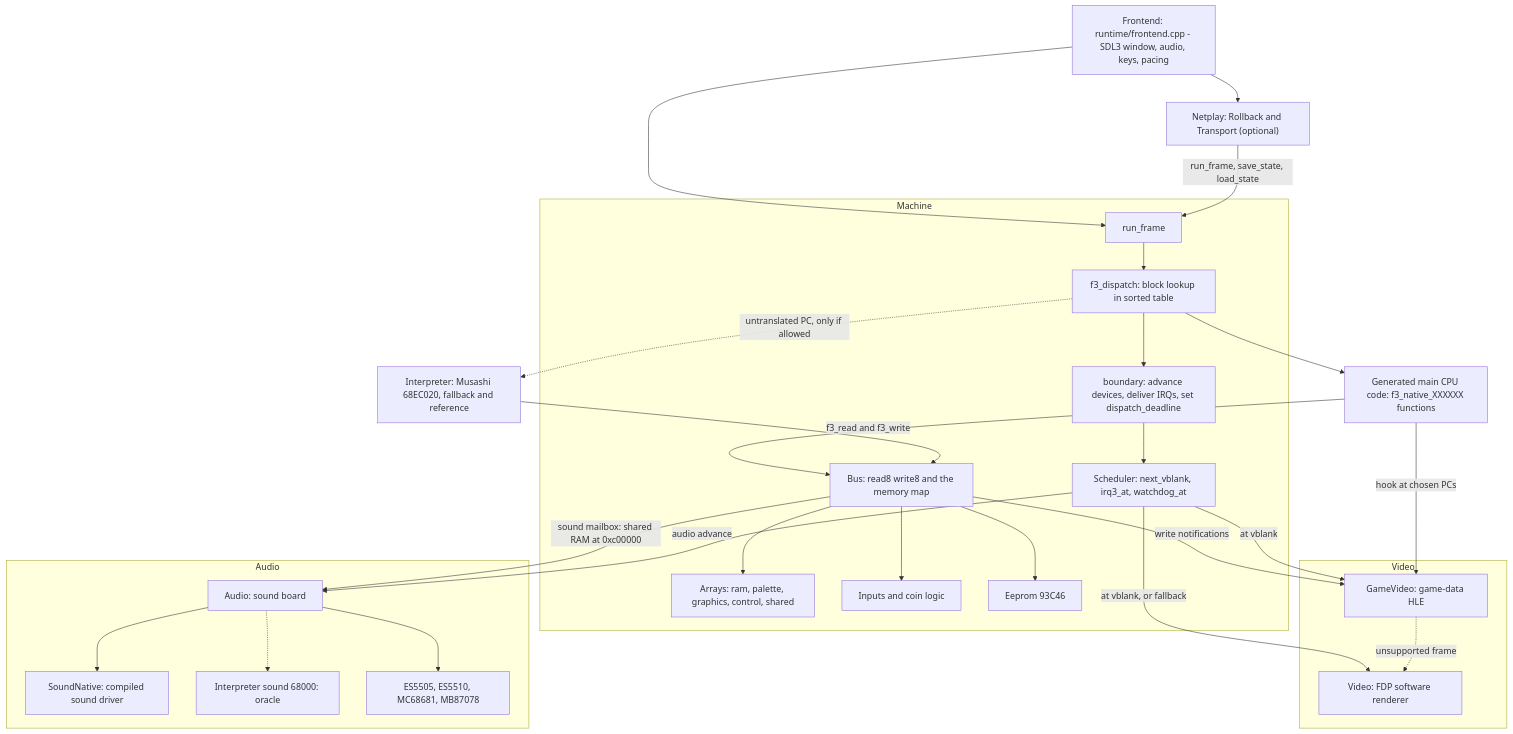
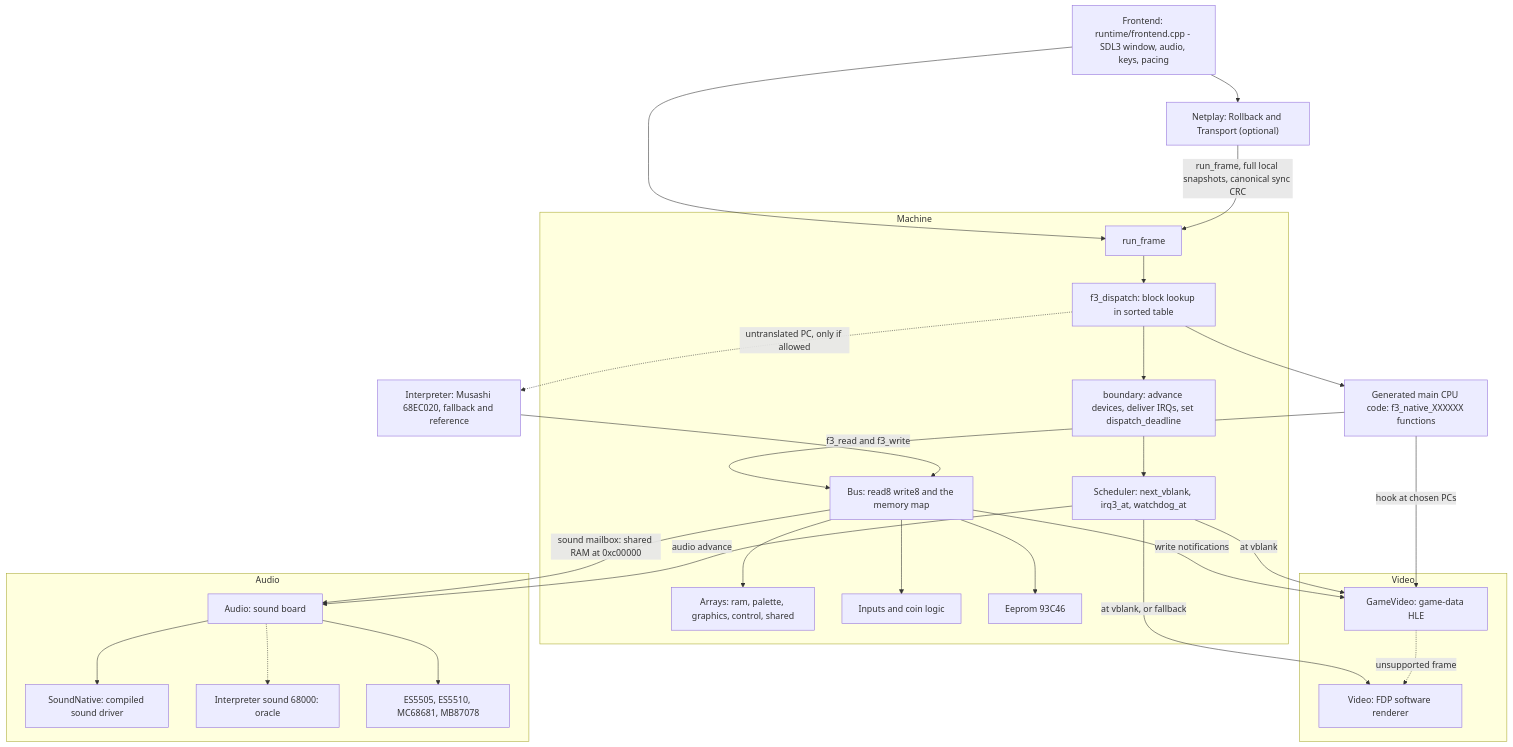
The second of 5 diagrams in docs/site/developer/architecture.md (ansxor/f3-recomp), drawn with Mermaid before and after one commit. The commit also changed other lines of this file and 100 other files, not shown here.

````diff
--- a/docs/site/developer/architecture.md
+++ b/docs/site/developer/architecture.md
@@ -97,50 +97,50 @@
 ```mermaid
 flowchart TB
     FE["Frontend: runtime/frontend.cpp - SDL3 window, audio, keys, pacing"]
     NP["Netplay: Rollback and Transport (optional)"]
     subgraph M["Machine"]
         RF["run_frame"]
         DISP["f3_dispatch: block lookup in sorted table"]
         BND["boundary: advance devices, deliver IRQs, set dispatch_deadline"]
         SCH["Scheduler: next_vblank, irq3_at, watchdog_at"]
         BUS["Bus: read8 write8 and the memory map"]
         MEM["Arrays: ram, palette, graphics, control, shared"]
         IN["Inputs and coin logic"]
         EE["Eeprom 93C46"]
     end
     GEN["Generated main CPU code: f3_native_XXXXXX functions"]
     INT["Interpreter: Musashi 68EC020, fallback and reference"]
     subgraph VID["Video"]
         GV["GameVideo: game-data HLE"]
         FDP["Video: FDP software renderer"]
     end
     subgraph AUD["Audio"]
         AU["Audio: sound board"]
         SN["SoundNative: compiled sound driver"]
         SI["Interpreter sound 68000: oracle"]
         CH["ES5505, ES5510, MC68681, MB87078"]
     end
     FE --> RF
-    NP -->|"run_frame, save_state, load_state"| RF
+    NP -->|"run_frame, full local snapshots, canonical sync CRC"| RF
     FE --> NP
     RF --> DISP
     DISP --> BND
     BND --> SCH
     DISP --> GEN
     DISP -.->|"untranslated PC, only if allowed"| INT
     GEN -->|"f3_read and f3_write"| BUS
     INT --> BUS
     BUS --> MEM
     BUS --> IN
     BUS --> EE
     BUS -->|"sound mailbox: shared RAM at 0xc00000"| AU
     BUS -->|"write notifications"| GV
     GEN -->|"hook at chosen PCs"| GV
     SCH -->|"at vblank"| GV
     SCH -->|"at vblank, or fallback"| FDP
     GV -.->|"unsupported frame"| FDP
     SCH -->|"audio advance"| AU
     AU --> CH
     AU --> SN
     AU -.-> SI
 ```
````
